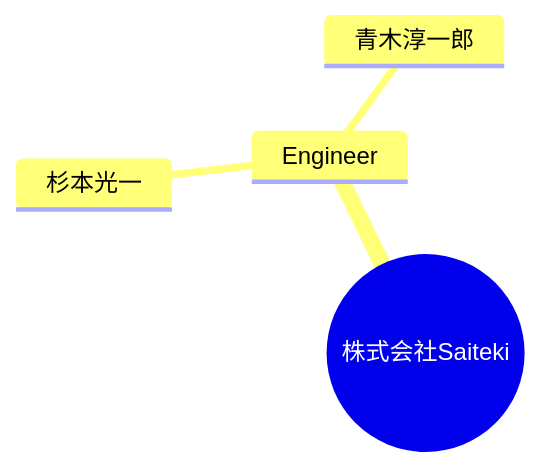
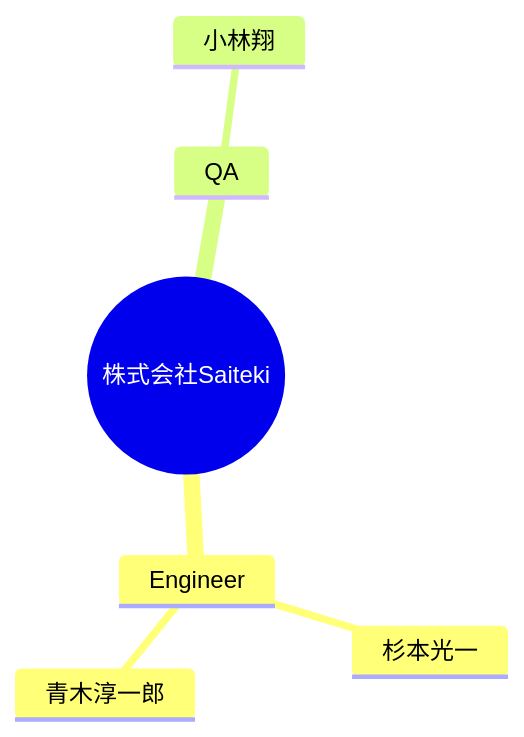
The diagram in docs/TEAM.md (Saitekiinc-com/saiteki-employee-management), drawn with Mermaid before and after one commit. The commit also changed other lines of this file and 2 other files, not shown here.

Commit message:
Update employee data from Issue #6

````diff
--- a/docs/TEAM.md
+++ b/docs/TEAM.md
@@ -5,7 +5,9 @@
 ```mermaid
 mindmap
   root((株式会社Saiteki))
     Engineer
       杉本光一
       青木淳一郎
+    QA
+      小林翔
 ```
````
